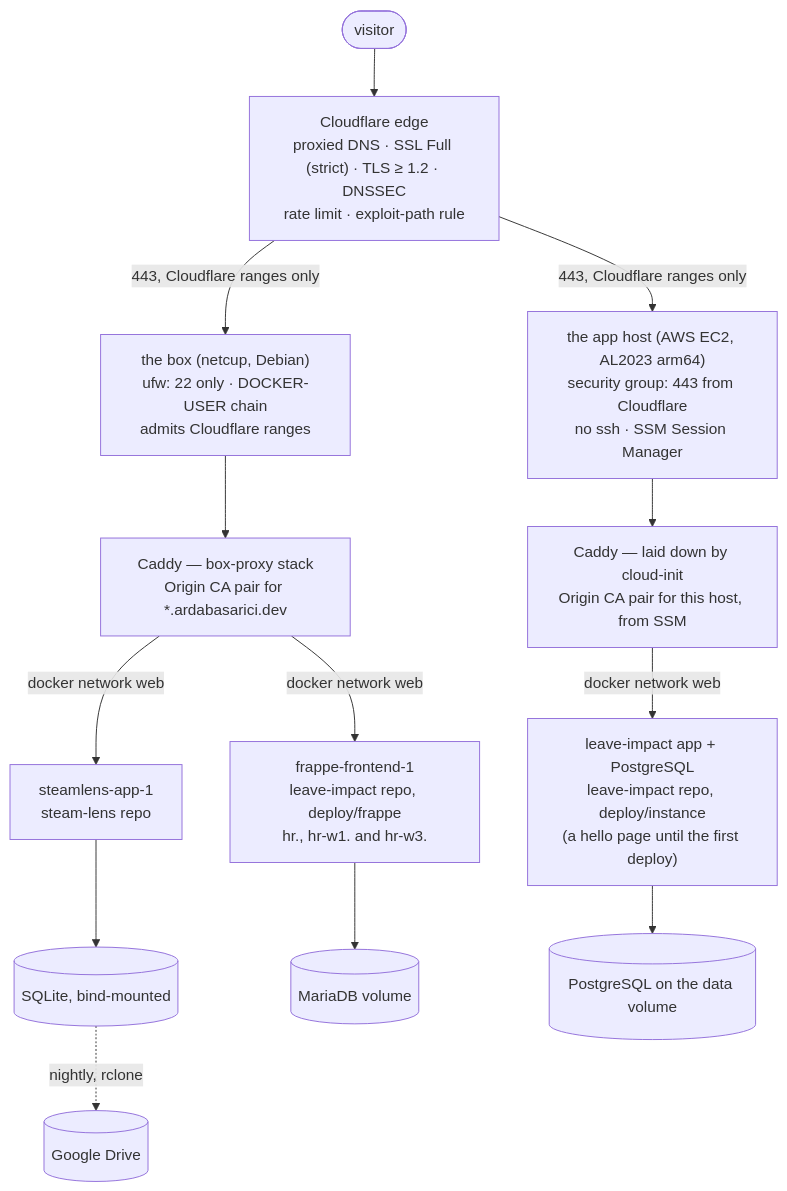
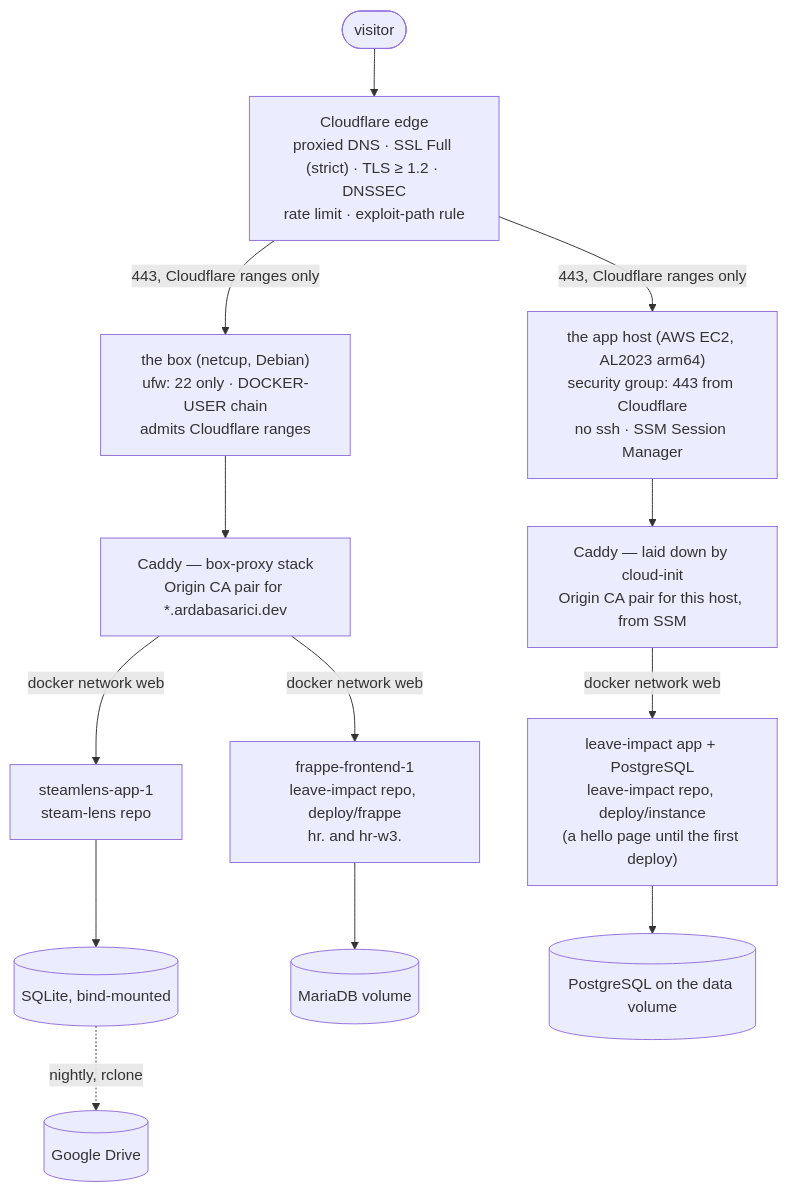
Before and after one commit to arda-basarici/platform: the first of 3 diagrams in ARCHITECTURE.md, drawn with Mermaid. The commit also changed other lines of this file and 7 other files, not shown here.

````diff
--- a/ARCHITECTURE.md
+++ b/ARCHITECTURE.md
@@ -27,29 +27,29 @@
 ```mermaid
 %%{init: {"flowchart": {"diagramPadding": 150}}}%%
 flowchart TD
     V([visitor]) --> CF["`Cloudflare edge
     proxied DNS · SSL Full (strict) · TLS ≥ 1.2 · DNSSEC
     rate limit · exploit-path rule`"]
     CF -->|"443, Cloudflare ranges only"| FW1["`the box (netcup, Debian)
     ufw: 22 only · DOCKER-USER chain
     admits Cloudflare ranges`"]
     CF -->|"443, Cloudflare ranges only"| FW2["`the app host (AWS EC2, AL2023 arm64)
     security group: 443 from Cloudflare
     no ssh · SSM Session Manager`"]
     FW1 --> C1["`Caddy — box-proxy stack
     Origin CA pair for *.ardabasarici.dev`"]
     FW2 --> C2["`Caddy — laid down by cloud-init
     Origin CA pair for this host, from SSM`"]
     C1 -->|"docker network web"| SL["`steamlens-app-1
     steam-lens repo`"]
     C1 -->|"docker network web"| FR["`frappe-frontend-1
     leave-impact repo, deploy/frappe
-    hr., hr-w1. and hr-w3.`"]
+    hr. and hr-w3.`"]
     C2 -->|"docker network web"| LA["`leave-impact app + PostgreSQL
     leave-impact repo, deploy/instance
     (a hello page until the first deploy)`"]
     SL --> SLDB[("SQLite, bind-mounted")]
     FR --> FRDB[("MariaDB volume")]
     LA --> LADB[("PostgreSQL on the data volume")]
     SLDB -.->|"nightly, rclone"| DRIVE[("Google Drive")]
 ```
````
